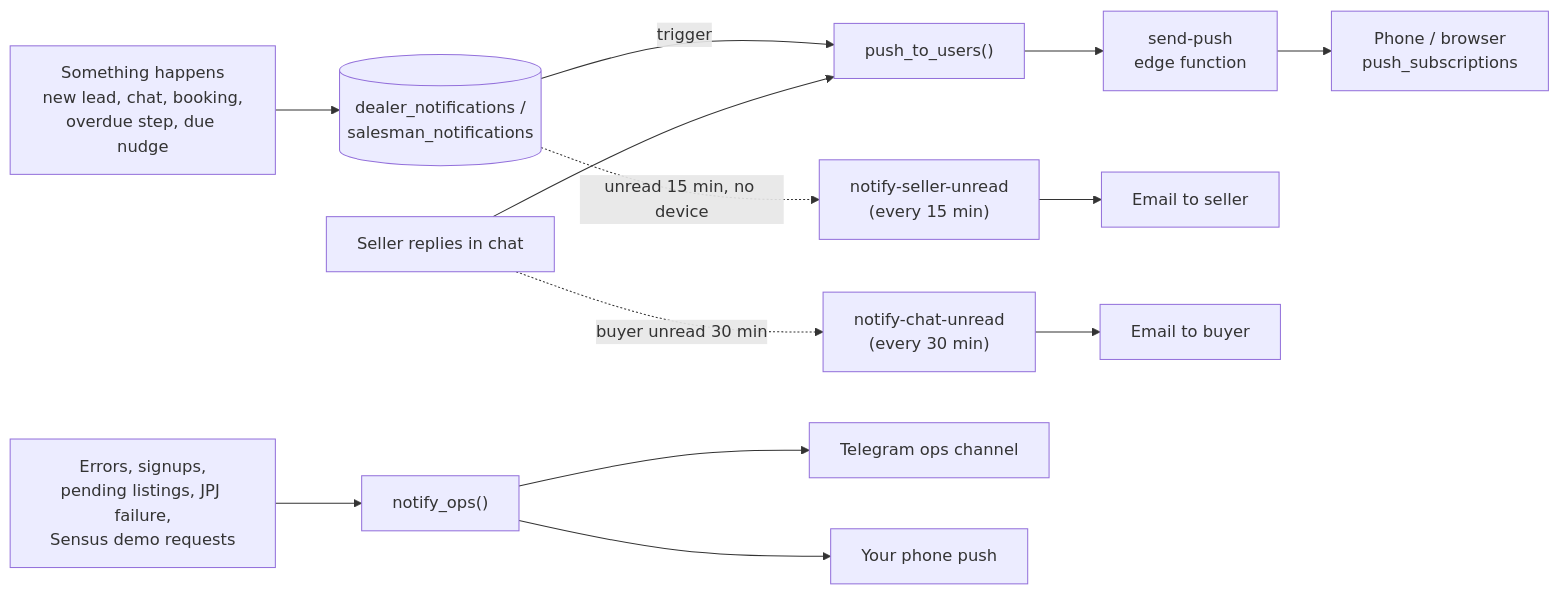
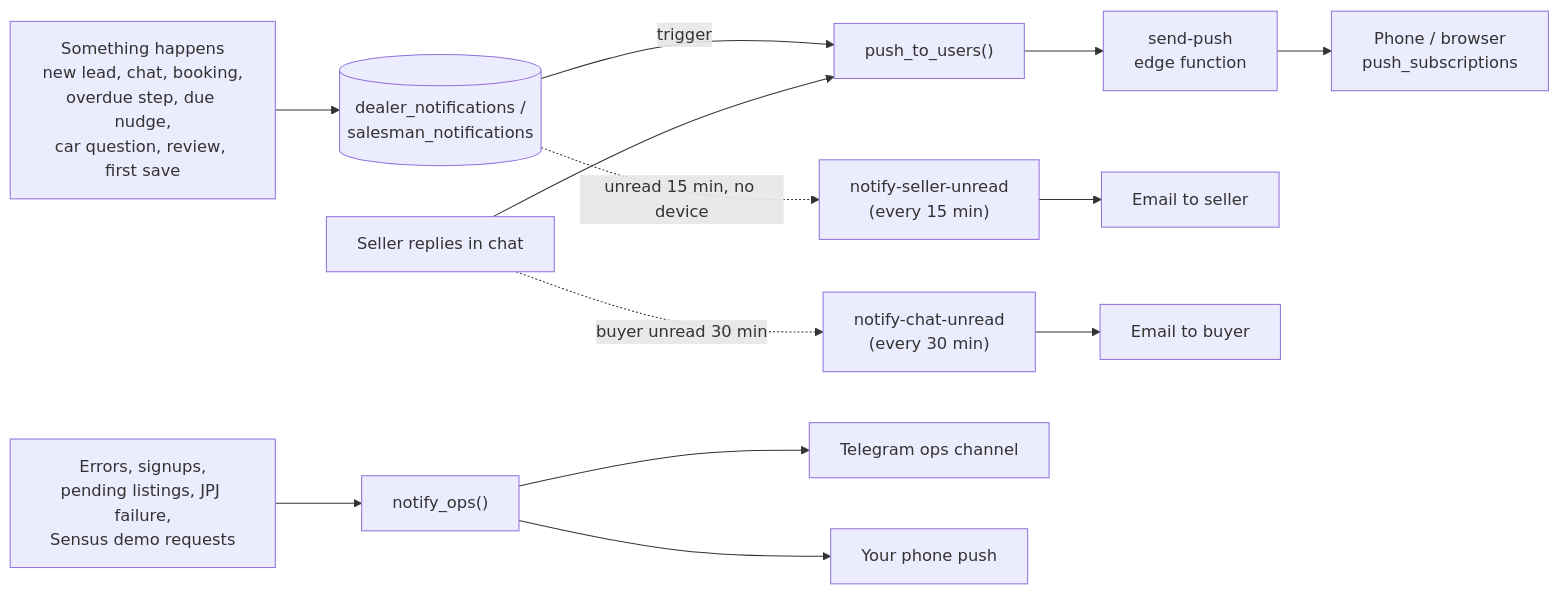
The third of 6 diagrams in docs/ARCHITECTURE.md (auzyvyth/ShiftOS), drawn with Mermaid before and after one commit. The commit also changed other lines of this file and 27 other files, not shown here.

````diff
--- a/docs/ARCHITECTURE.md
+++ b/docs/ARCHITECTURE.md
@@ -135,12 +135,12 @@
 ```mermaid
 flowchart LR
-  EV["Something happens<br/>new lead, chat, booking,<br/>overdue step, due nudge"] --> N[("dealer_notifications /<br/>salesman_notifications")]
+  EV["Something happens<br/>new lead, chat, booking,<br/>overdue step, due nudge,<br/>car question, review, first save"] --> N[("dealer_notifications /<br/>salesman_notifications")]
   N -->|trigger| P["push_to_users()"]
   P --> SP["send-push<br/>edge function"] --> DEV["Phone / browser<br/>push_subscriptions"]
 
   N -.->|unread 15 min, no device| SU["notify-seller-unread<br/>(every 15 min)"] --> M1[Email to seller]
   CR["Seller replies in chat"] --> P
   CR -.->|buyer unread 30 min| CU["notify-chat-unread<br/>(every 30 min)"] --> M2[Email to buyer]
 
   OPS["Errors, signups,<br/>pending listings, JPJ failure,<br/>Sensus demo requests"] --> NO["notify_ops()"] --> TG[Telegram ops channel] & AP[Your phone push]
 ```
````
